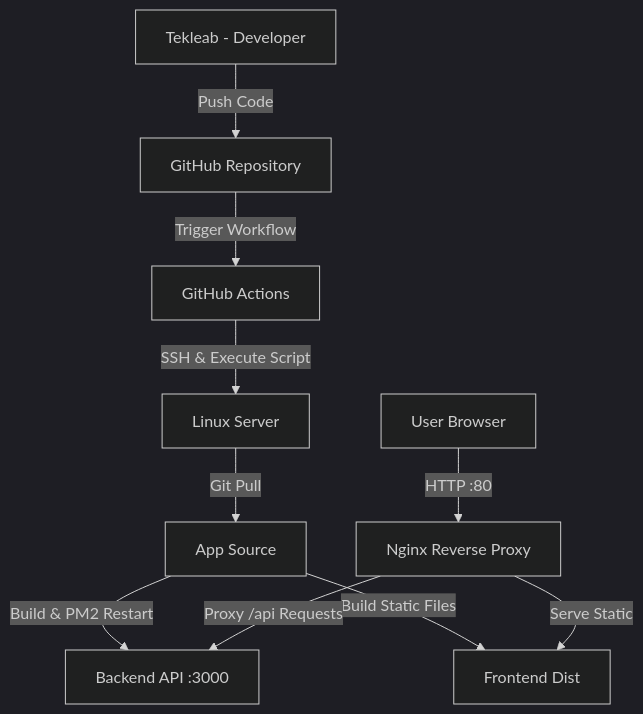
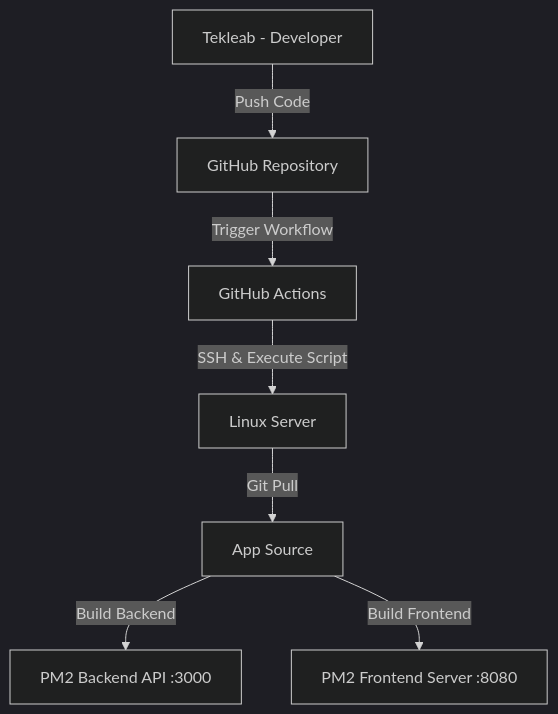
Before and after one commit to tekleab/webstack-portfolio-project-todo-app: the diagram in DEPLOYMENT.md, drawn with Mermaid (dark theme). The commit also changed other lines of this file, not shown here.

Commit message:
Docs: Update deployment architecture to reflect PM2 standalone setup

````diff
--- a/DEPLOYMENT.md
+++ b/DEPLOYMENT.md
@@ -11,12 +13,9 @@
 ```mermaid
 graph TD
     A[Tekleab - Developer] -->|Push Code| B[GitHub Repository]
     B -->|Trigger Workflow| C[GitHub Actions]
     C -->|SSH & Execute Script| D[Linux Server]
     D -->|Git Pull| E[App Source]
-    E -->|Build & PM2 Restart| F[Backend API :3000]
-    E -->|Build Static Files| G[Frontend Dist]
-    H[User Browser] -->|HTTP :80| I[Nginx Reverse Proxy]
-    I -->|Serve Static| G
-    I -->|Proxy /api Requests| F
+    E -->|Build Backend| F[PM2 Backend API :3000]
+    E -->|Build Frontend| G[PM2 Frontend Server :8080]
 ```
````
